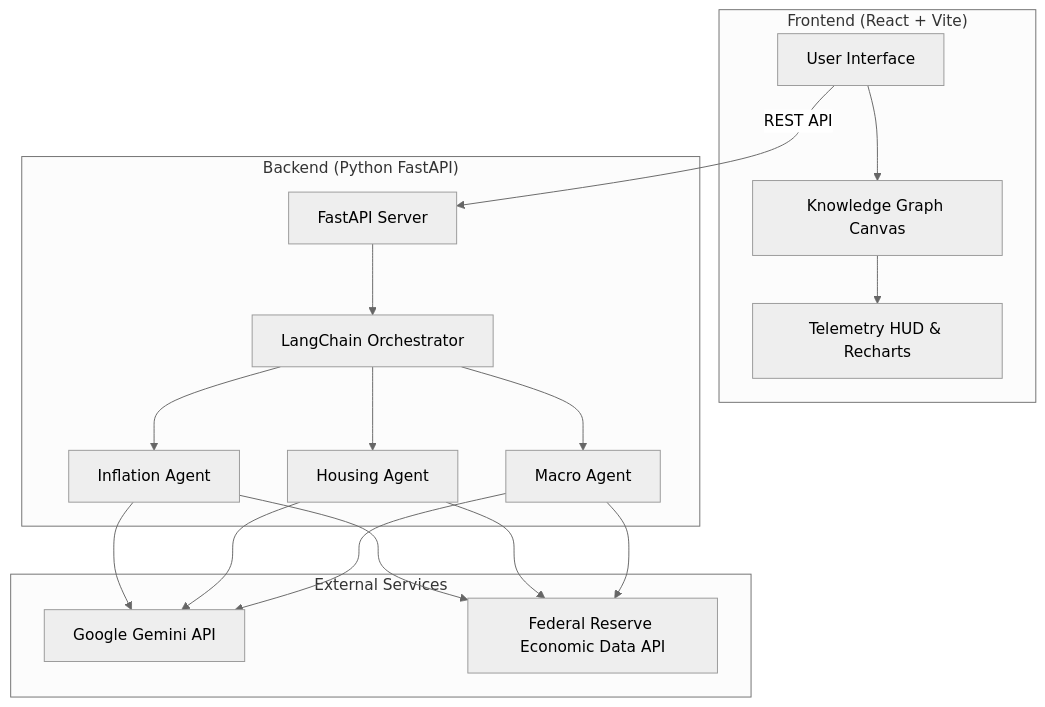
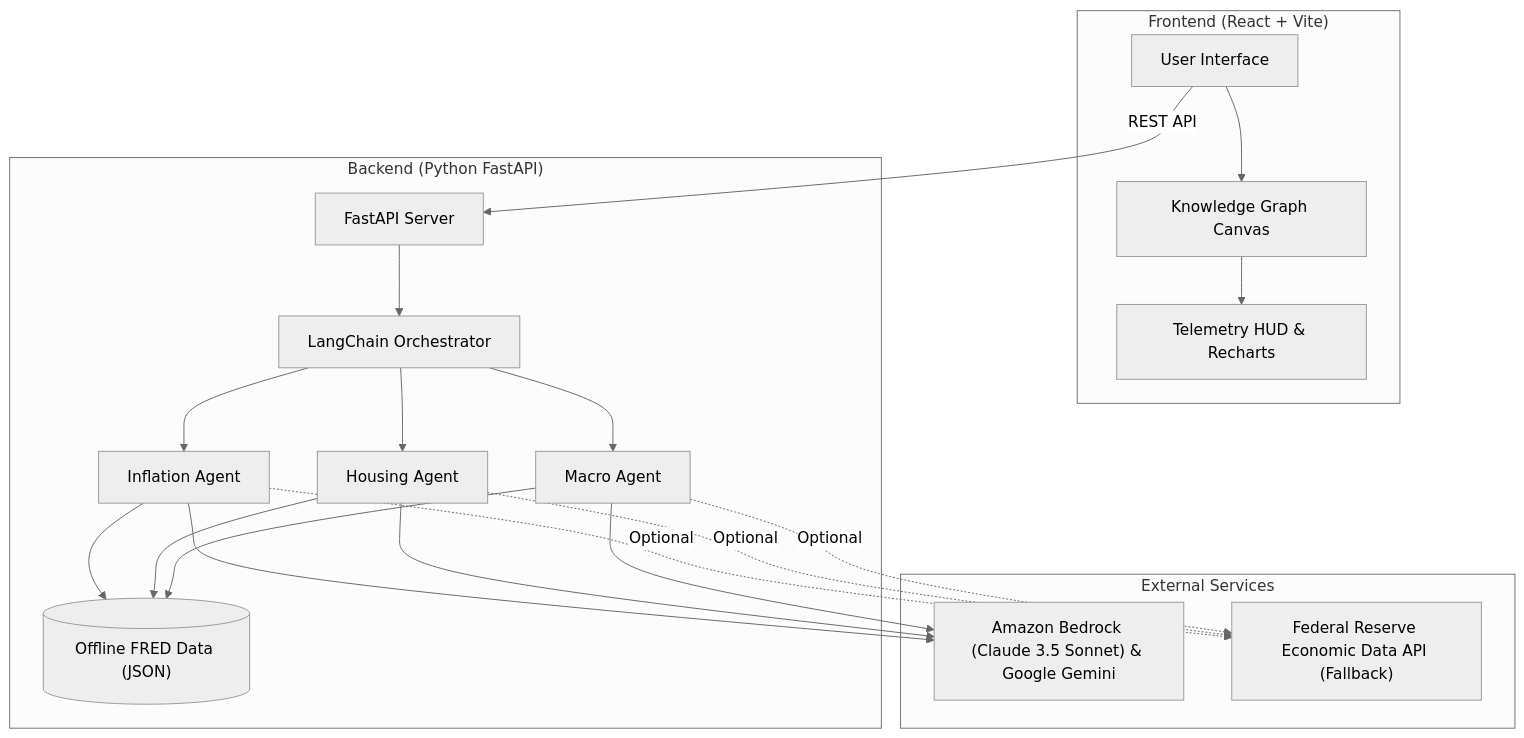
The diagram in README.md (vishraj/fred-knowledge-graph), drawn with Mermaid (neutral theme) before and after one commit. The commit also changed other lines of this file and 3 other files, not shown here.

````diff
--- a/README.md
+++ b/README.md
@@ -14,36 +14,40 @@
 ```mermaid
 graph TD
     subgraph Frontend ["Frontend (React + Vite)"]
         UI["User Interface"]
         HUD["Telemetry HUD & Recharts"]
         Graph["Knowledge Graph Canvas"]
         UI --> Graph
         Graph --> HUD
     end
 
     subgraph Backend ["Backend (Python FastAPI)"]
         API["FastAPI Server"]
         Orchestrator["LangChain Orchestrator"]
         Agent1["Inflation Agent"]
         Agent2["Housing Agent"]
         Agent3["Macro Agent"]
+        LocalData[("Offline FRED Data (JSON)")]
         
         API --> Orchestrator
         Orchestrator --> Agent1
         Orchestrator --> Agent2
         Orchestrator --> Agent3
+        Agent1 --> LocalData
+        Agent2 --> LocalData
+        Agent3 --> LocalData
     end
 
     subgraph External ["External Services"]
-        LLM["Google Gemini API"]
-        FRED["Federal Reserve Economic Data API"]
+        LLM["Amazon Bedrock (Claude 3.5 Sonnet) & Google Gemini"]
+        FRED["Federal Reserve Economic Data API (Fallback)"]
     end
 
     UI -- "REST API" --> API
     Agent1 --> LLM
-    Agent1 --> FRED
     Agent2 --> LLM
-    Agent2 --> FRED
     Agent3 --> LLM
-    Agent3 --> FRED
+    Agent1 -. "Optional" .-> FRED
+    Agent2 -. "Optional" .-> FRED
+    Agent3 -. "Optional" .-> FRED
 ```
````
